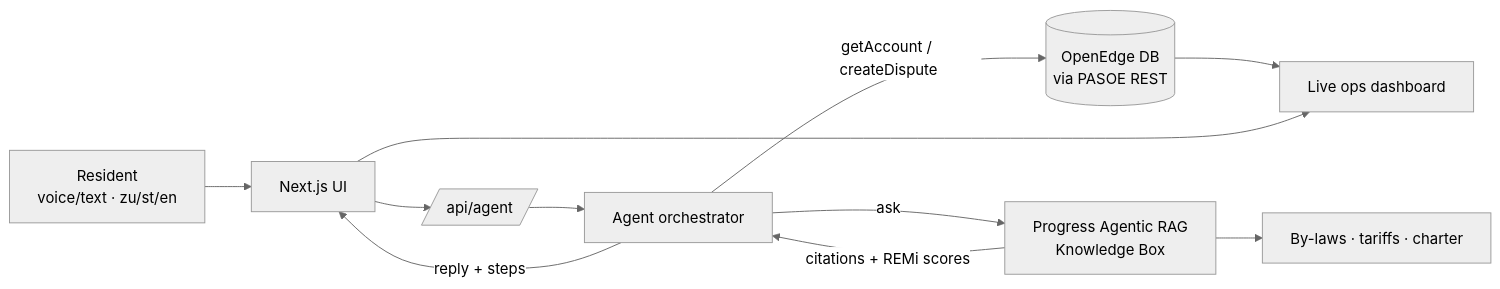
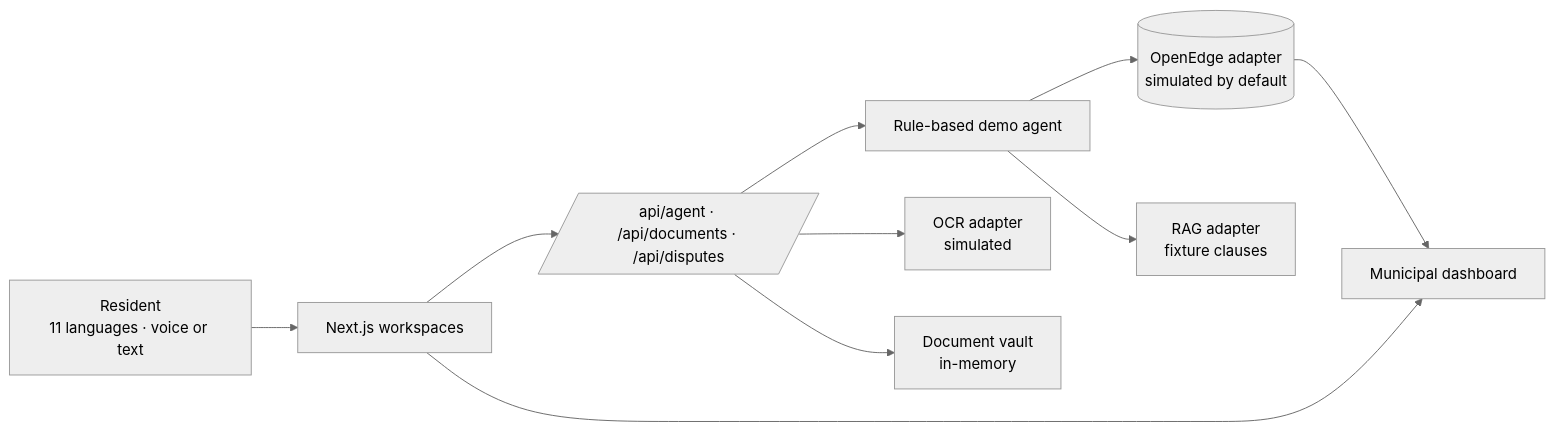
The diagram in README.md (black-abys/ubuntu-desk), drawn with Mermaid (neutral theme) before and after one commit. The commit also changed other lines of this file and 30 other files, not shown here.

````diff
--- a/README.md
+++ b/README.md
@@ -39,13 +81,12 @@
 ```mermaid
 flowchart LR
-  U[Resident<br/>voice/text · zu/st/en] --> UI[Next.js UI]
-  UI --> API[/api/agent/]
-  API --> AG[Agent orchestrator]
-  AG -->|getAccount / createDispute| OE[(OpenEdge DB<br/>via PASOE REST)]
-  AG -->|ask| RAG[Progress Agentic RAG<br/>Knowledge Box]
-  RAG --> DOCS[By-laws · tariffs · charter]
-  RAG -->|citations + REMi scores| AG
-  AG -->|reply + steps| UI
-  OE --> DASH[Live ops dashboard]
+  U[Resident<br/>11 languages · voice or text] --> UI[Next.js workspaces]
+  UI --> API[/api/agent · /api/documents · /api/disputes/]
+  API --> AG[Rule-based demo agent]
+  AG --> OE[(OpenEdge adapter<br/>simulated by default)]
+  AG --> RAG[RAG adapter<br/>fixture clauses]
+  API --> OCR[OCR adapter<br/>simulated]
+  API --> VAULT[Document vault<br/>in-memory]
+  OE --> DASH[Municipal dashboard]
   UI --> DASH
 ```
````
